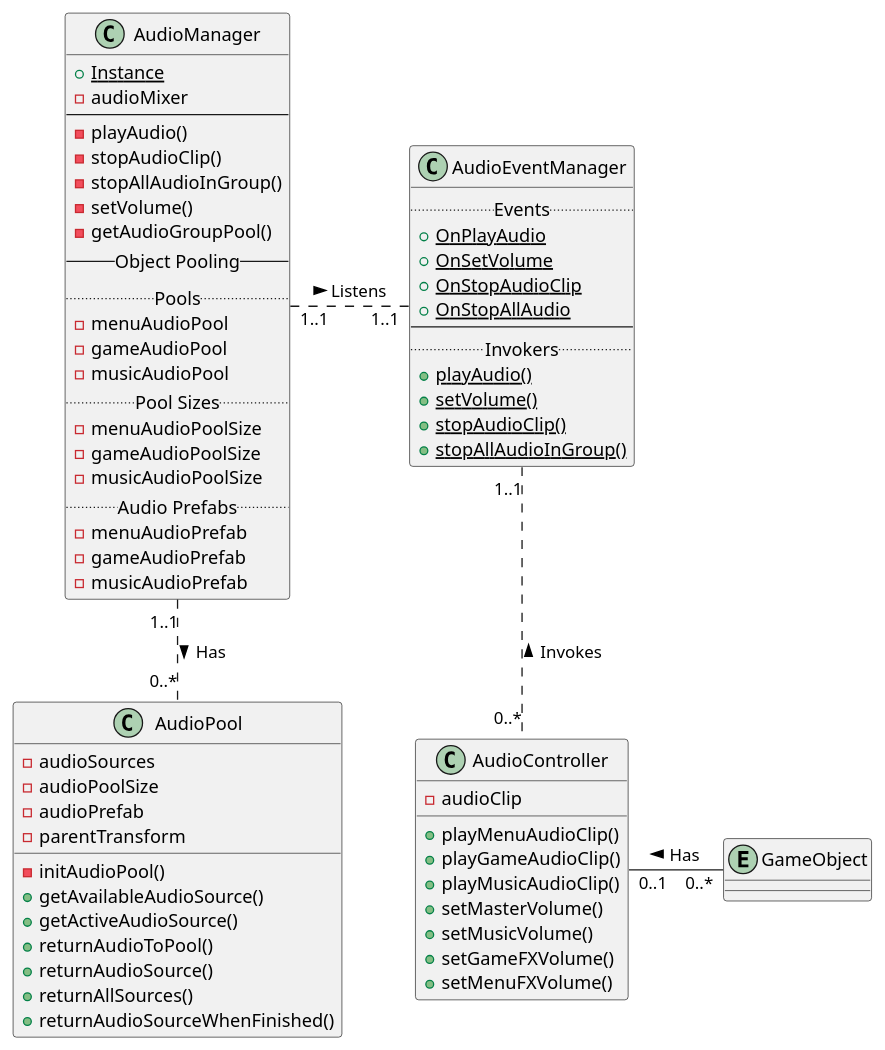
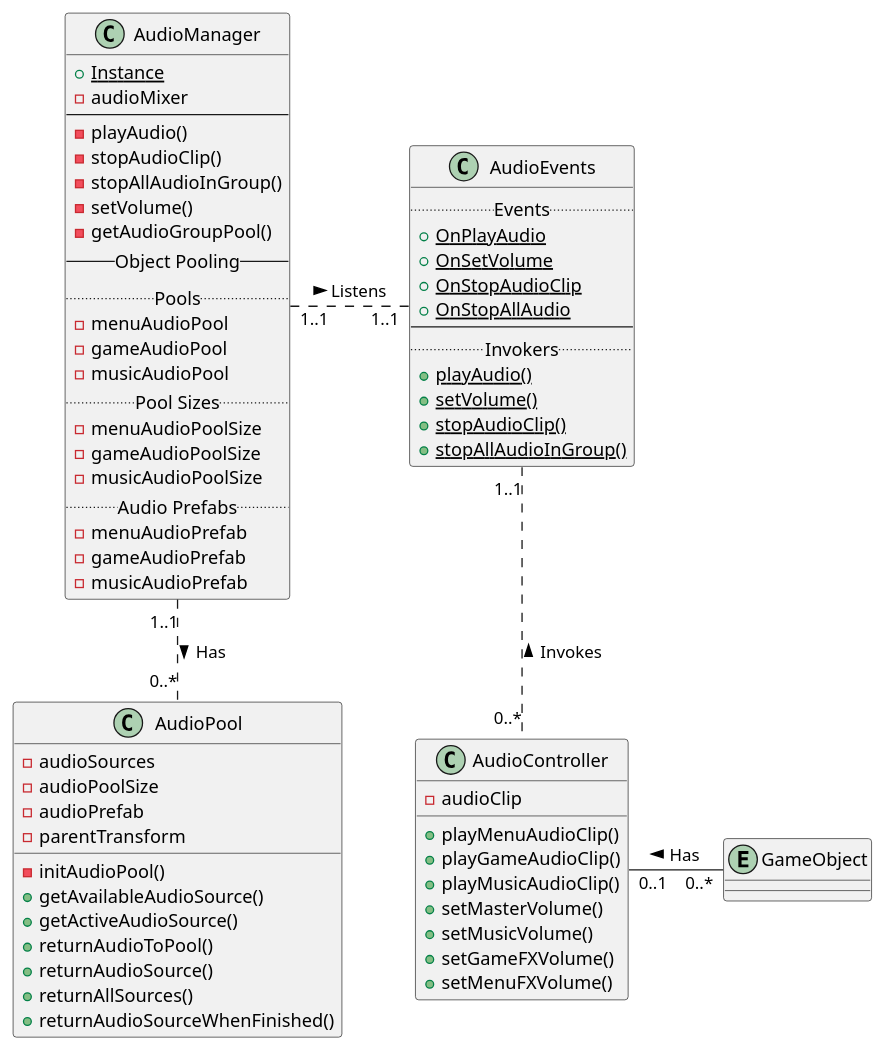
The diagram in UML/audiosystem.iuml (jskelly2021/Journey), drawn with PlantUML before and after one commit. The commit also changed 3 other files, not shown here.

Commit message:
Updated UML for all 4 systems

```diff
--- a/UML/audiosystem.iuml
+++ b/UML/audiosystem.iuml
@@ -1,72 +1,72 @@
 @startuml inputsystem
 class AudioManager {
     {static} +Instance
     -audioMixer
     ---
     -playAudio()
     -stopAudioClip()
     -stopAllAudioInGroup()
     -setVolume()
     -getAudioGroupPool()
     --Object Pooling--
     ..Pools..
     -menuAudioPool
     -gameAudioPool
     -musicAudioPool
     ..Pool Sizes..
     -menuAudioPoolSize
     -gameAudioPoolSize
     -musicAudioPoolSize
     ..Audio Prefabs..
     -menuAudioPrefab
     -gameAudioPrefab
     -musicAudioPrefab
+}
+
+class AudioEvents {
+    ..Events..
+    {static} +OnPlayAudio
+    {static} +OnSetVolume
+    {static} +OnStopAudioClip
+    {static} +OnStopAllAudio
+    ---
+    ..Invokers..
+    {static} +playAudio()
+    {static} +setVolume()
+    {static} +stopAudioClip()
+    {static} +stopAllAudioInGroup()
 }
 
 class AudioPool {
     -audioSources
     -audioPoolSize
     -audioPrefab
     -parentTransform
     -initAudioPool()
     +getAvailableAudioSource()
     +getActiveAudioSource()
     +returnAudioToPool()
     +returnAudioSource()
     +returnAllSources()
     +returnAudioSourceWhenFinished()
 }
 
 class AudioController {
     -audioClip
     +playMenuAudioClip()
     +playGameAudioClip()
     +playMusicAudioClip()
     +setMasterVolume()
     +setMusicVolume()
     +setGameFXVolume()
     +setMenuFXVolume()
 }
 
-class AudioEventManager {
-    ..Events..
-    {static} +OnPlayAudio
-    {static} +OnSetVolume
-    {static} +OnStopAudioClip
-    {static} +OnStopAllAudio
-    ---
-    ..Invokers..
-    {static} +playAudio()
-    {static} +setVolume()
-    {static} +stopAudioClip()
-    {static} +stopAllAudioInGroup()
-}
-
 entity GameObject
 
-AudioManager       "1..1"    .right.    "1..1"    AudioEventManager    : "Listens >"
-AudioManager       "1..1"    .down.     "0..*"    AudioPool            : "Has >"
-AudioController    "0..*"    .up.       "1..1"    AudioEventManager    : "Invokes >"
-AudioController    "0..1"    -right-    "0..*"    GameObject           : "Has <"
+AudioManager       "1..1"    .right.    "1..1"    AudioEvents    : "Listens >"
+AudioManager       "1..1"    .down.     "0..*"    AudioPool      : "Has >"
+AudioController    "0..*"    .up.       "1..1"    AudioEvents    : "Invokes >"
+AudioController    "0..1"    -right-    "0..*"    GameObject     : "Has <"
 
 @enduml
```
